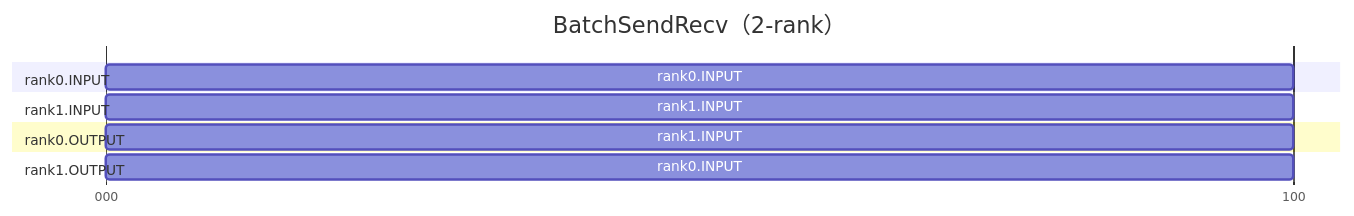
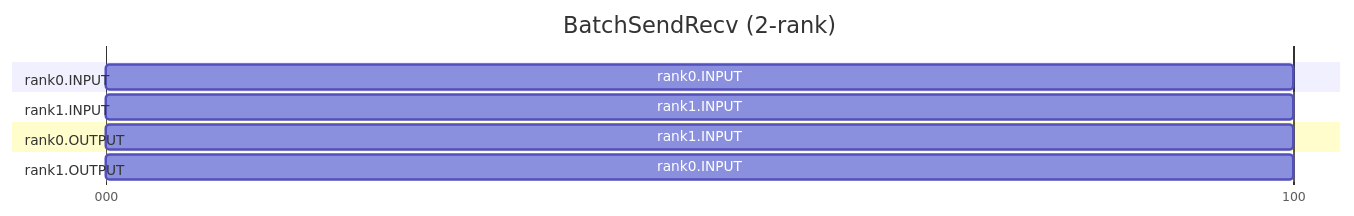
One commit to Atlas-Ascend-Fork/hcomm changed diagram 13 of 19 in test/hccl_vm/docs/checker_quick_intro_en.md. Above: the diagram before and after it, drawn with Mermaid. The commit also changed other lines of this file and 73 other files, not shown here.

````diff
--- a/test/hccl_vm/docs/checker_quick_intro_en.md
+++ b/test/hccl_vm/docs/checker_quick_intro_en.md
@@ -500,19 +500,19 @@
 ```mermaid
 gantt
-    title BatchSendRecv（2-rank）
+    title BatchSendRecv (2-rank)
     dateFormat x
     axisFormat %L
     tickInterval 100millisecond
 
     section rank0.INPUT
     rank0.INPUT : 0, 100
 
     section rank1.INPUT
     rank1.INPUT : 0, 100
 
     section rank0.OUTPUT
     rank1.INPUT : 0, 100
 
     section rank1.OUTPUT
     rank0.INPUT : 0, 100
 ```
````
